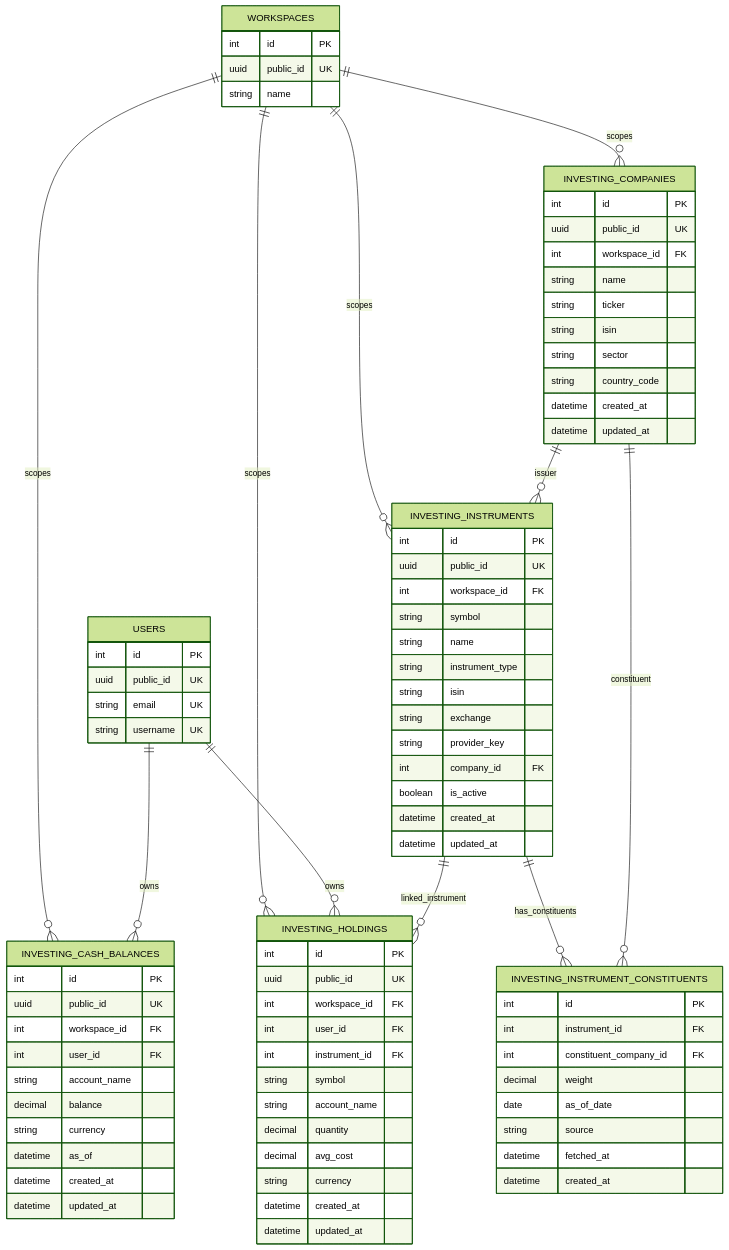
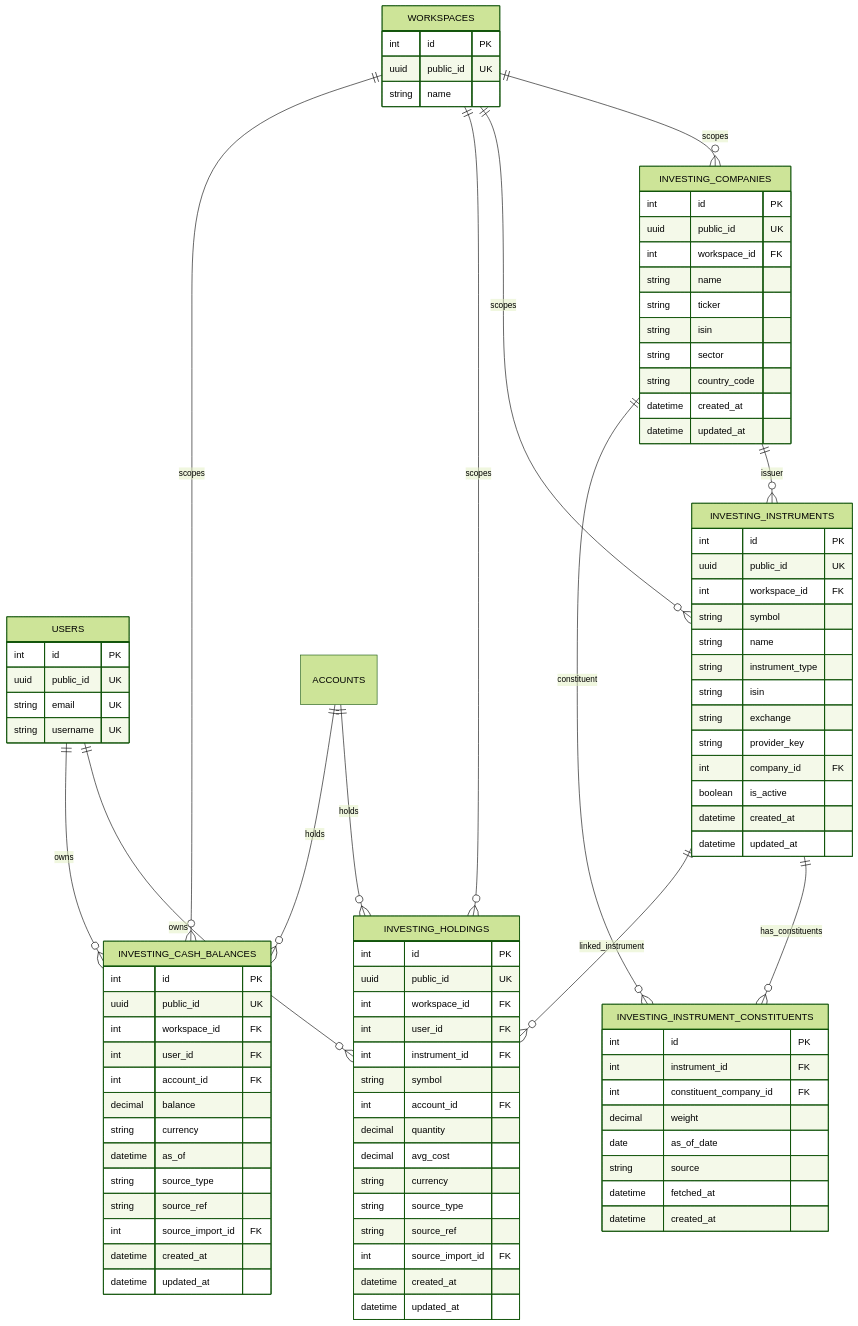
Before and after one commit to sajankp/lifestack-api: the sixth of 7 diagrams in docs/ERD.md, drawn with Mermaid (forest theme). The commit also changed other lines of this file and 2 other files, not shown here.

Commit message:
docs: update ARCHITECTURE.md, ERD.md schemas, and add JOBS.md scheduled jobs documentation

````diff
--- a/docs/ERD.md
+++ b/docs/ERD.md
@@ -349,10 +379,13 @@
         int user_id FK
         int instrument_id FK
         string symbol
-        string account_name
+        int account_id FK
         decimal quantity
         decimal avg_cost
         string currency
+        string source_type
+        string source_ref
+        int source_import_id FK
         datetime created_at
         datetime updated_at
     }
@@ -362,10 +395,13 @@
         uuid public_id UK
         int workspace_id FK
         int user_id FK
-        string account_name
+        int account_id FK
         decimal balance
         string currency
         datetime as_of
+        string source_type
+        string source_ref
+        int source_import_id FK
         datetime created_at
         datetime updated_at
     }
@@ -380,4 +416,6 @@
     INVESTING_INSTRUMENTS ||--o{ INVESTING_HOLDINGS : linked_instrument
     WORKSPACES ||--o{ INVESTING_CASH_BALANCES : scopes
     USERS ||--o{ INVESTING_CASH_BALANCES : owns
+    ACCOUNTS ||--o{ INVESTING_HOLDINGS : holds
+    ACCOUNTS ||--o{ INVESTING_CASH_BALANCES : holds
 ```
````
